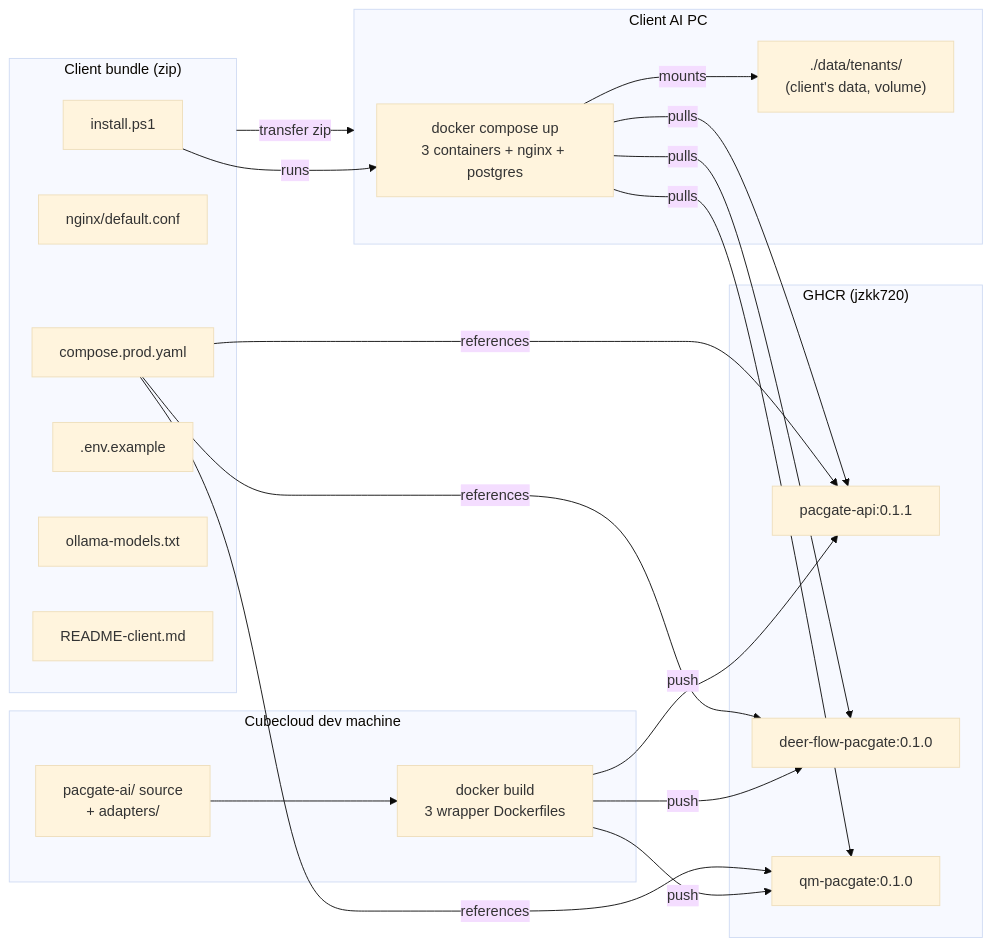
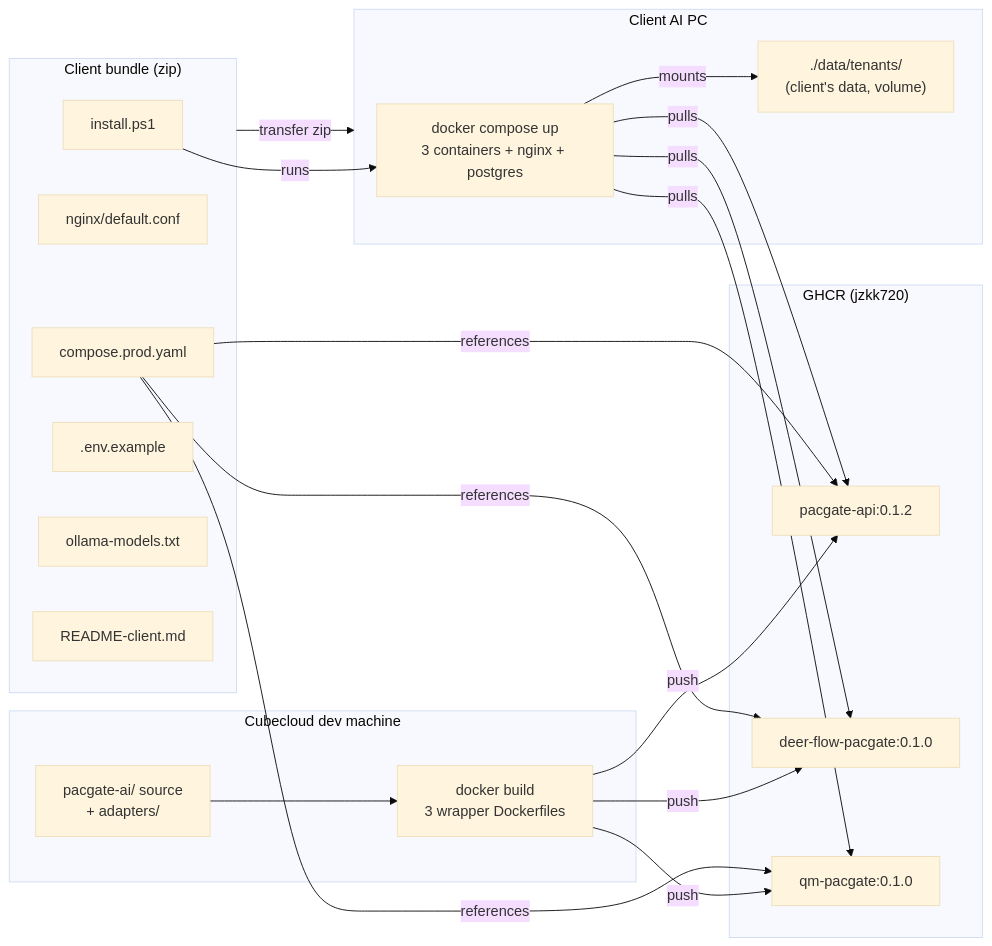
The second of 5 diagrams in deploy/ARCHITECTURE-DIAGRAMS.md (JZKK720/pacgate-ai-pr), drawn with Mermaid (base theme) before and after one commit. The commit also changed 10 other files, not shown here.

````diff
--- a/deploy/ARCHITECTURE-DIAGRAMS.md
+++ b/deploy/ARCHITECTURE-DIAGRAMS.md
@@ -71,43 +71,43 @@
 ```mermaid
 graph LR
     subgraph Dev["Cubecloud dev machine"]
         SRC["pacgate-ai/ source<br/>+ adapters/"]
         BUILD["docker build<br/>3 wrapper Dockerfiles"]
     end
 
     subgraph GHCR["GHCR (jzkk720)"]
-        IMG1["pacgate-api:0.1.1"]
+        IMG1["pacgate-api:0.1.2"]
         IMG2["deer-flow-pacgate:0.1.0"]
         IMG3["qm-pacgate:0.1.0"]
     end
 
     subgraph Bundle["Client bundle (zip)"]
         COMPOSE["compose.prod.yaml"]
         NGINX_CONF["nginx/default.conf"]
         INSTALL["install.ps1"]
         ENV[".env.example"]
         MODELS["ollama-models.txt"]
         README["README-client.md"]
     end
 
     subgraph Client["Client AI PC"]
         RUN["docker compose up<br/>3 containers + nginx + postgres"]
         CLIENT_DATA["./data/tenants/<br/>(client's data, volume)"]
     end
 
     SRC --> BUILD
     BUILD -->|push| IMG1
     BUILD -->|push| IMG2
     BUILD -->|push| IMG3
 
     COMPOSE -->|references| IMG1
     COMPOSE -->|references| IMG2
     COMPOSE -->|references| IMG3
 
     Bundle -->|transfer zip| Client
     INSTALL -->|runs| RUN
     RUN -->|pulls| IMG1
     RUN -->|pulls| IMG2
     RUN -->|pulls| IMG3
     RUN -->|mounts| CLIENT_DATA
 ```
````
